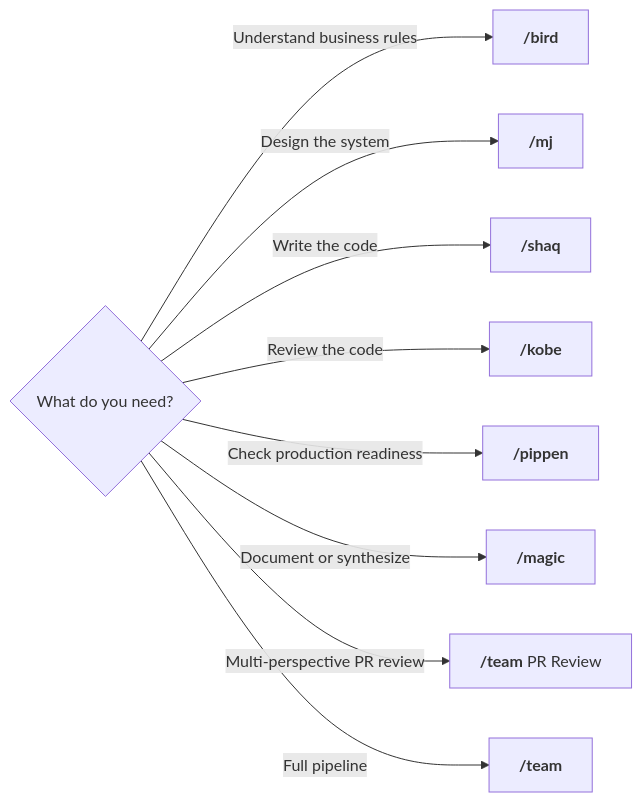
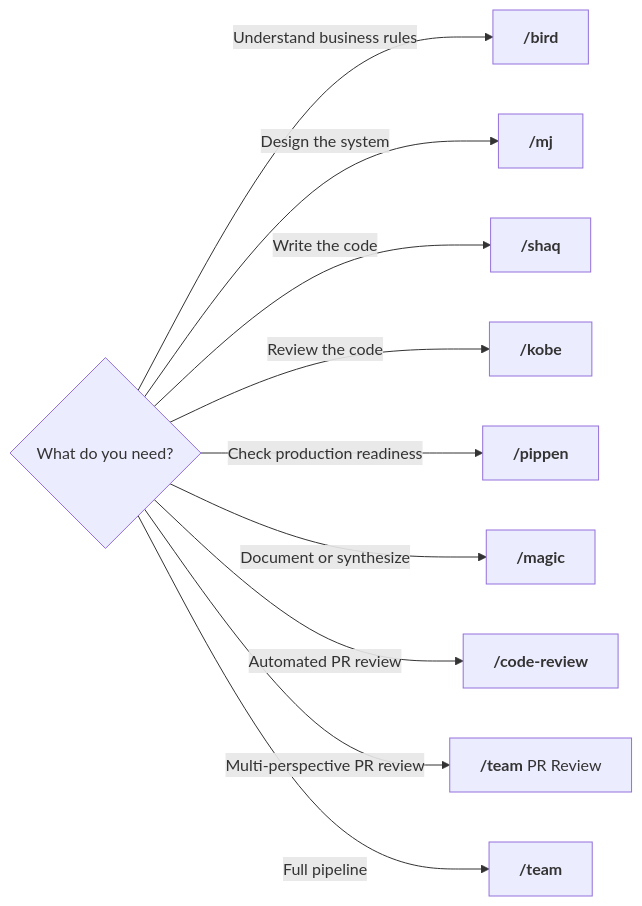
The first of 4 diagrams in README.md (bondarewicz/dreamteam), drawn with Mermaid before and after one commit. The commit also changed other lines of this file and 9 other files, not shown here.

````diff
--- a/README.md
+++ b/README.md
@@ -112,12 +131,13 @@
 ```mermaid
 graph LR
     Q{What do you need?}
     Q -->|Understand business rules| bird["`**/bird**`"]
     Q -->|Design the system| mj["`**/mj**`"]
     Q -->|Write the code| shaq["`**/shaq**`"]
     Q -->|Review the code| kobe["`**/kobe**`"]
     Q -->|Check production readiness| pippen["`**/pippen**`"]
     Q -->|Document or synthesize| magic["`**/magic**`"]
+    Q -->|Automated PR review| cr["`**/code-review**`"]
     Q -->|Multi-perspective PR review| team_pr["`**/team** PR Review`"]
     Q -->|Full pipeline| team["`**/team**`"]
 ```
````
